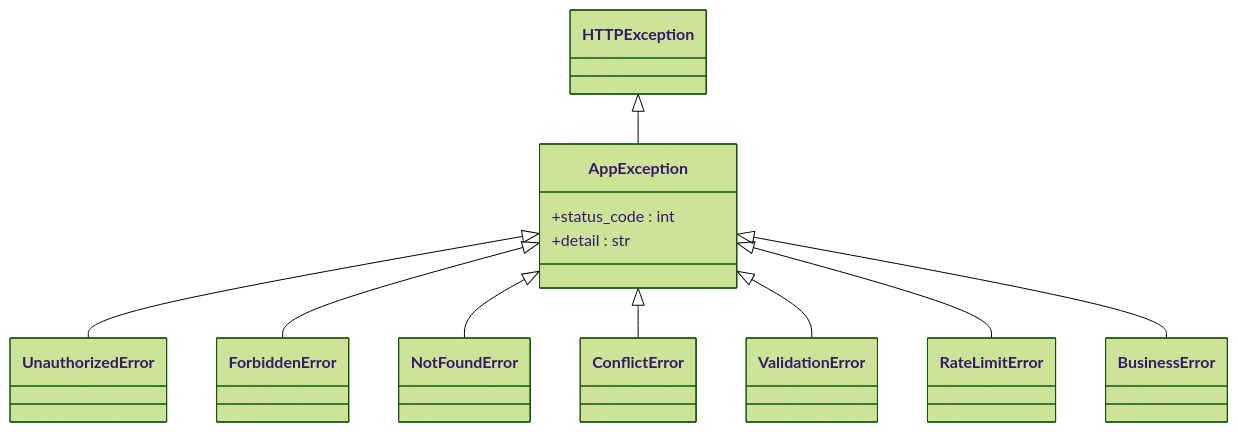
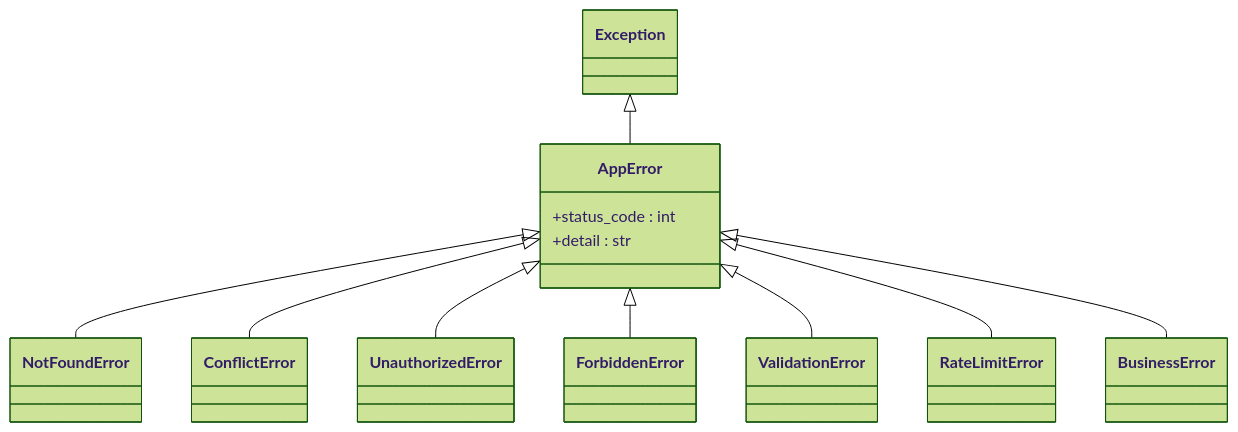
Before and after one commit to taoweidong/Hello-FastApi: the third of 8 diagrams in .qoder/repowiki/zh/content/项目概述/核心特性/异常处理.md, drawn with Mermaid (forest theme). The commit also changed other lines of this file and 22 other files, not shown here.

````diff
--- a/.qoder/repowiki/zh/content/项目概述/核心特性/异常处理.md
+++ b/.qoder/repowiki/zh/content/项目概述/核心特性/异常处理.md
@@ -152,23 +165,23 @@
 ```mermaid
 classDiagram
-class HTTPException
-class AppException {
+class Exception
+class AppError {
 +status_code : int
 +detail : str
 }
+class NotFoundError
+class ConflictError
 class UnauthorizedError
 class ForbiddenError
-class NotFoundError
-class ConflictError
 class ValidationError
 class RateLimitError
 class BusinessError
-HTTPException <|-- AppException
-AppException <|-- UnauthorizedError
-AppException <|-- ForbiddenError
-AppException <|-- NotFoundError
-AppException <|-- ConflictError
-AppException <|-- ValidationError
-AppException <|-- RateLimitError
-AppException <|-- BusinessError
+Exception <|-- AppError
+AppError <|-- NotFoundError
+AppError <|-- ConflictError
+AppError <|-- UnauthorizedError
+AppError <|-- ForbiddenError
+AppError <|-- ValidationError
+AppError <|-- RateLimitError
+AppError <|-- BusinessError
 ```
````
